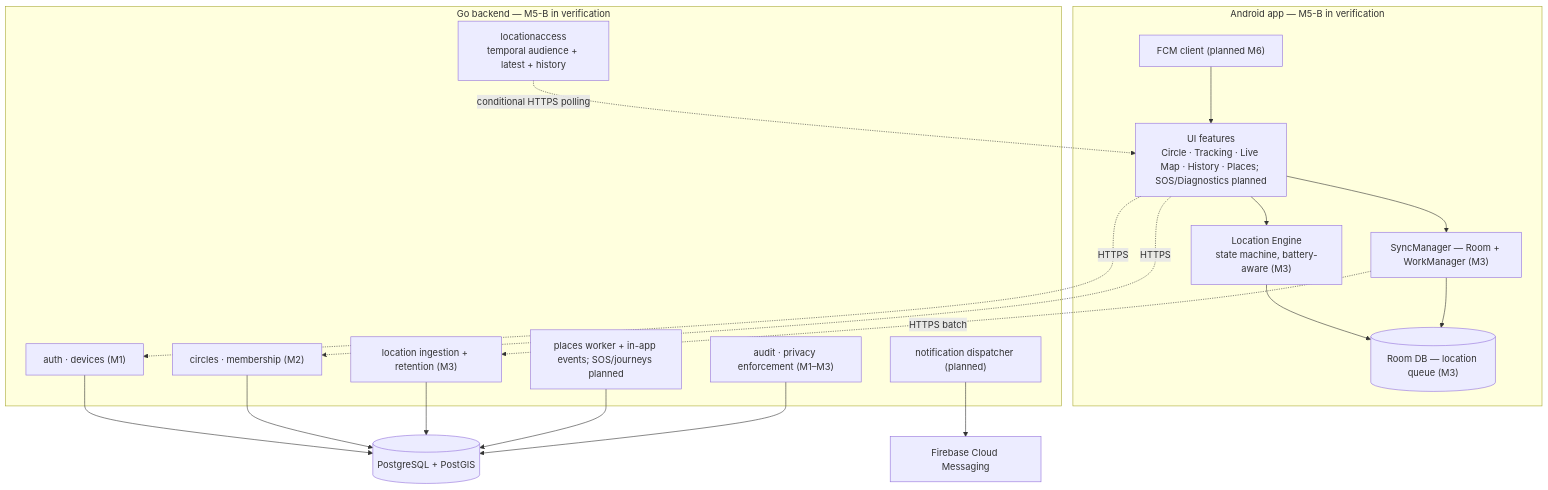
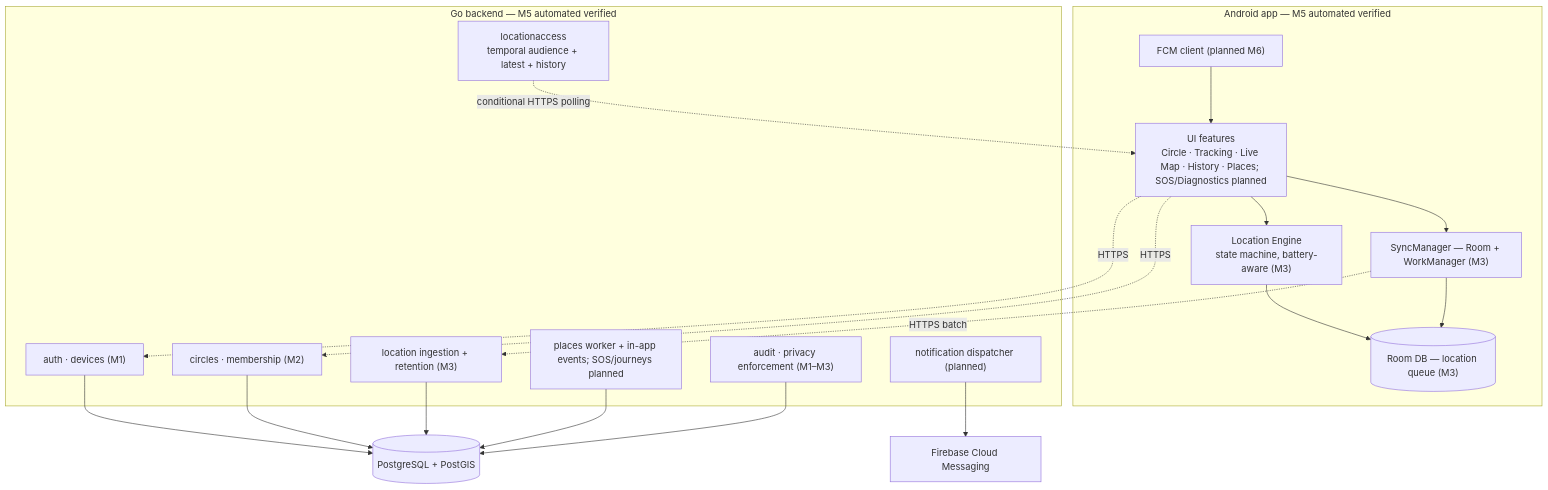
Before and after one commit to QuocDuong16/anve: the second of 5 diagrams in docs/architecture/overview.md, drawn with Mermaid. The commit also changed other lines of this file and 6 other files, not shown here.

Commit message:
docs(m5): record automated verification

````diff
--- a/docs/architecture/overview.md
+++ b/docs/architecture/overview.md
@@ -38,36 +38,36 @@
 ```mermaid
 flowchart TB
-    subgraph androidT["Android app — M5-B in verification"]
+    subgraph androidT["Android app — M5 automated verified"]
         UIF["UI features<br/>Circle · Tracking · Live Map · History · Places; SOS/Diagnostics planned"]
         LE["Location Engine<br/>state machine, battery-aware (M3)"]
         SYNC["SyncManager — Room + WorkManager (M3)"]
         ROOM[("Room DB — location queue (M3)")]
         FCMC["FCM client (planned M6)"]
     end
-    subgraph serverT["Go backend — M5-B in verification"]
+    subgraph serverT["Go backend — M5 automated verified"]
         AUTH["auth · devices (M1)"]
         CIRC["circles · membership (M2)"]
         ING["location ingestion + retention (M3)"]
         READ["locationaccess<br/>temporal audience + latest + history"]
         EVT["places worker + in-app events; SOS/journeys planned"]
         NOTIF["notification dispatcher (planned)"]
         AUDIT["audit · privacy enforcement (M1–M3)"]
     end
     PG[("PostgreSQL + PostGIS")]
     FCM["Firebase Cloud Messaging"]
     UIF --> LE
     UIF --> SYNC
     LE --> ROOM
     SYNC --> ROOM
     FCMC --> UIF
     SYNC -. "HTTPS batch" .-> ING
     UIF -. "HTTPS" .-> AUTH
     UIF -. "HTTPS" .-> CIRC
     READ -. "conditional HTTPS polling" .-> UIF
     NOTIF --> FCM
     AUTH --> PG
     CIRC --> PG
     ING --> PG
     EVT --> PG
     AUDIT --> PG
 ```
````
